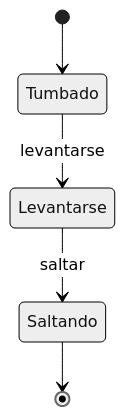
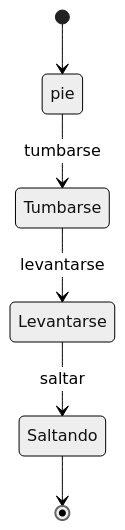
Before and after one commit to AlexisPradasGallen/Kahoot: the third of 3 diagrams in README.md, drawn with Mermaid (neutral theme). The commit also changed other lines of this file, not shown here.

````diff
--- a/README.md
+++ b/README.md
@@ -40,11 +43,12 @@
 ```mermaid
 stateDiagram-v2
-    state "Tumbado" as tumbado
+    state "Tumbarse" as tumbado
     state "Levantarse" as levantado
     state "Saltando" as saltando
 
-    [*] --> tumbado
+    [*] --> pie
+    pie --> tumbado: tumbarse
     tumbado --> levantado: levantarse
     levantado --> saltando: saltar
     saltando --> [*]
 ```
````
